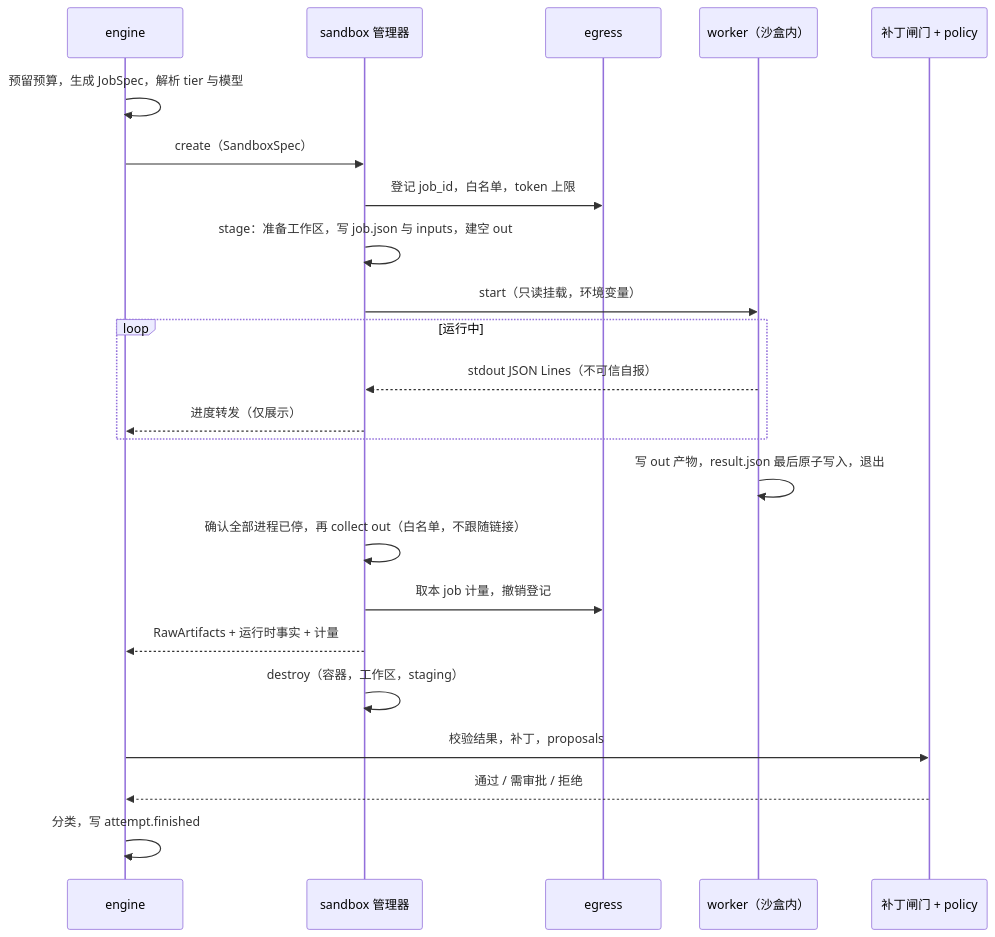
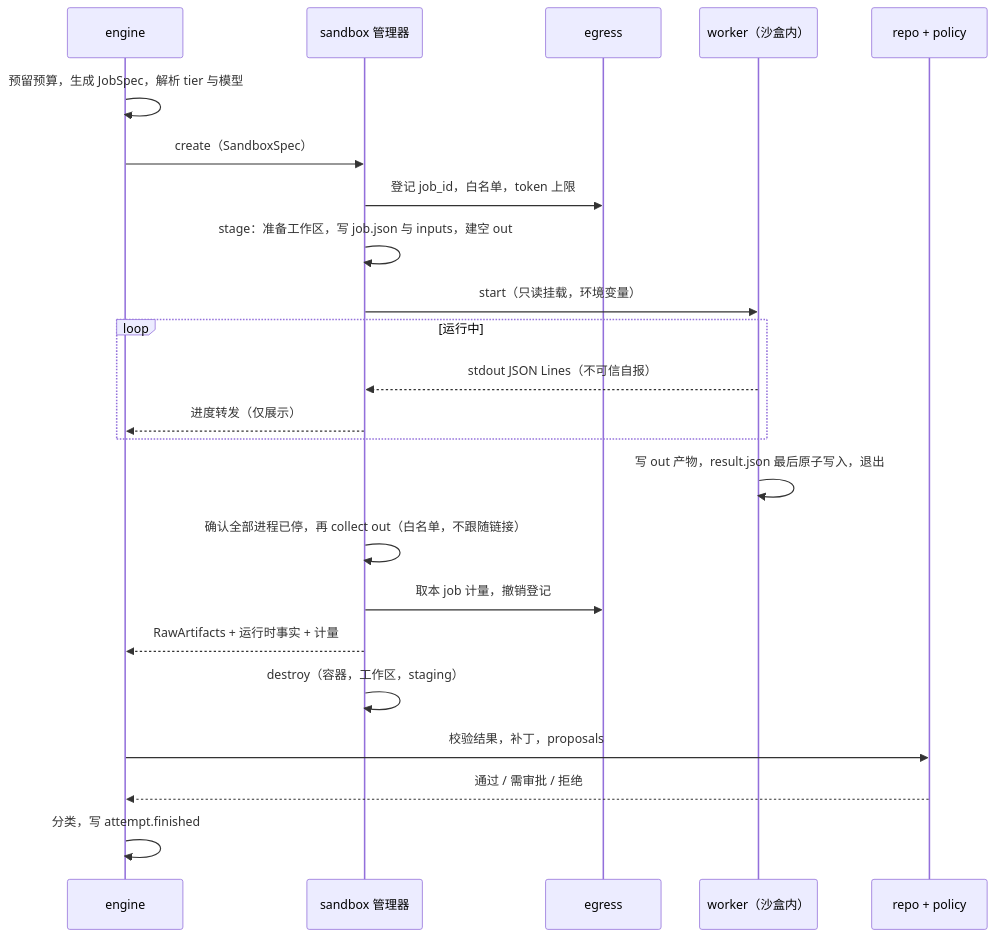
Before and after one commit to LeXwDeX/Gantry: the diagram in docs/interfaces/worker-protocol.md, drawn with Mermaid. The commit also changed other lines of this file and 7 other files, not shown here.

````diff
--- a/docs/interfaces/worker-protocol.md
+++ b/docs/interfaces/worker-protocol.md
@@ -104,25 +104,25 @@
 ```mermaid
 sequenceDiagram
   participant E as engine
   participant S as sandbox 管理器
   participant X as egress
   participant W as worker（沙盒内）
-  participant V as 补丁闸门 + policy
+  participant V as repo + policy
   E->>E: 预留预算，生成 JobSpec，解析 tier 与模型
   E->>S: create（SandboxSpec）
   S->>X: 登记 job_id，白名单，token 上限
   S->>S: stage：准备工作区，写 job.json 与 inputs，建空 out
   S->>W: start（只读挂载，环境变量）
   loop 运行中
     W-->>S: stdout JSON Lines（不可信自报）
     S-->>E: 进度转发（仅展示）
   end
   W->>W: 写 out 产物，result.json 最后原子写入，退出
   S->>S: 确认全部进程已停，再 collect out（白名单，不跟随链接）
   S->>X: 取本 job 计量，撤销登记
   S-->>E: RawArtifacts + 运行时事实 + 计量
   S->>S: destroy（容器，工作区，staging）
   E->>V: 校验结果，补丁，proposals
   V-->>E: 通过 / 需审批 / 拒绝
   E->>E: 分类，写 attempt.finished
 ```
````
